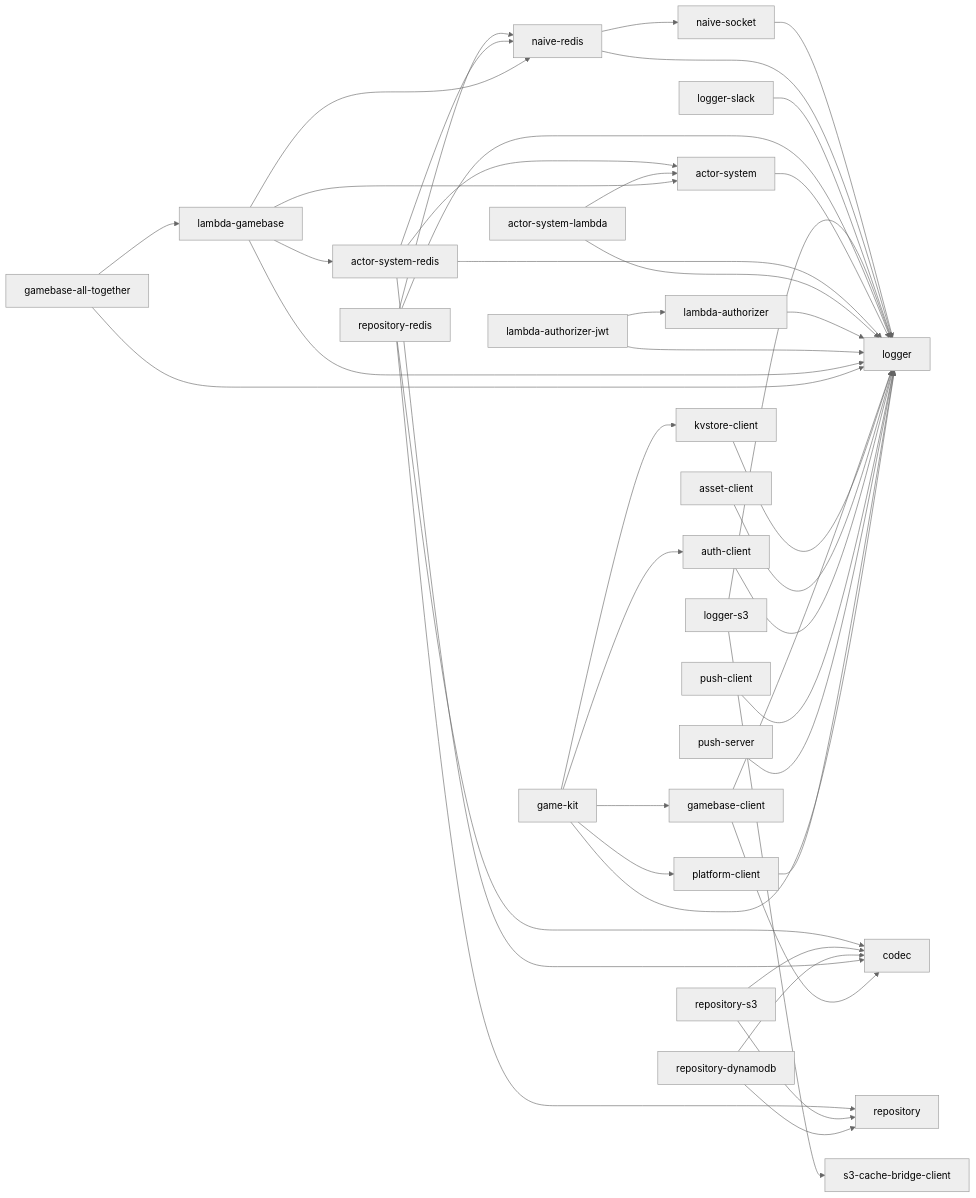
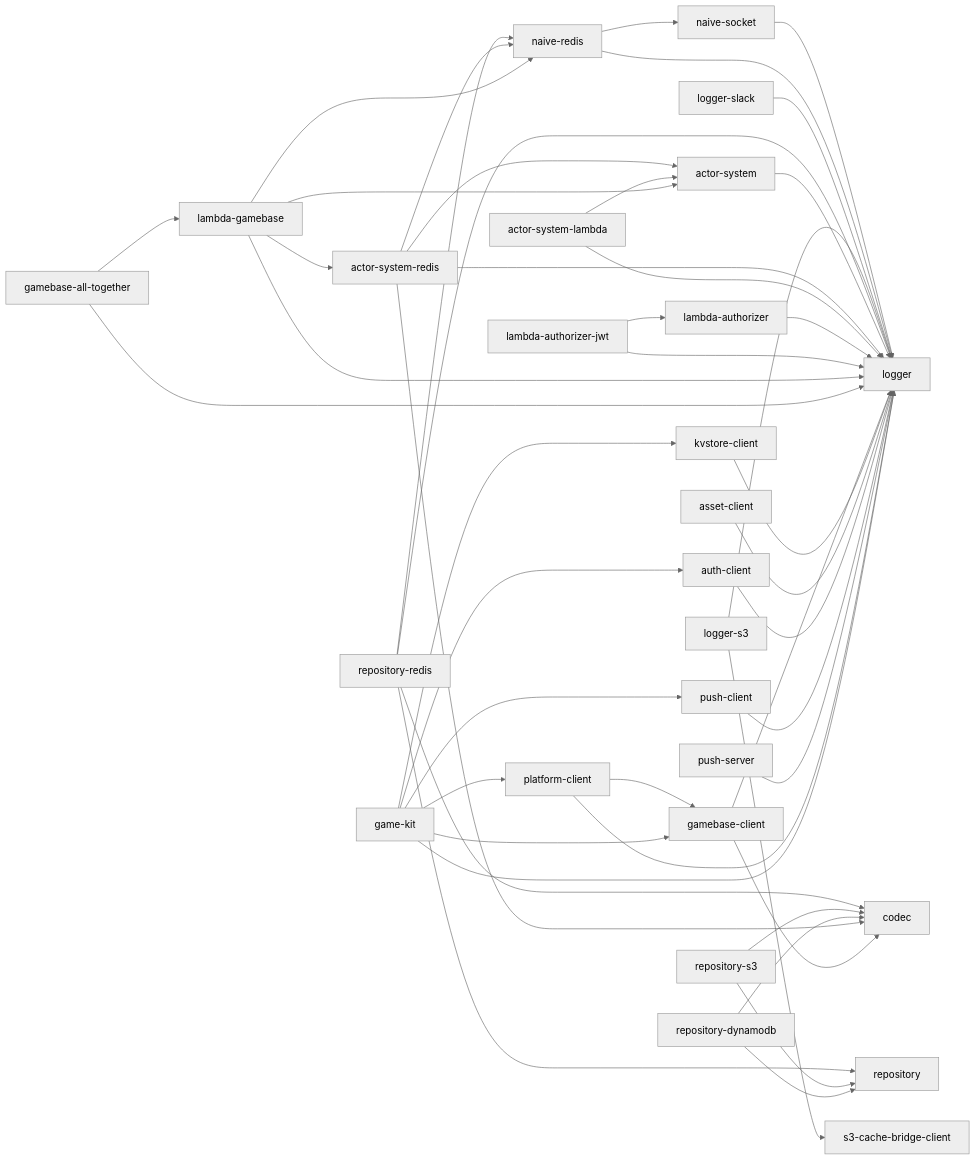
Before and after one commit to yingyeothon/tslib: the diagram in README.md, drawn with Mermaid (neutral theme). The commit also changed other lines of this file and 37 other files, not shown here.

Commit message:
Complete game kit boards mail friends matchmaking and push

````diff
--- a/README.md
+++ b/README.md
@@ -58,46 +58,48 @@
 ```mermaid
 graph LR
   naive-socket --> logger
   naive-redis --> logger
   naive-redis --> naive-socket
   logger-slack --> logger
   logger-s3 --> logger
   logger-s3 --> s3-cache-bridge-client
   repository-redis --> codec
   repository-redis --> logger
   repository-redis --> naive-redis
   repository-redis --> repository
   repository-s3 --> codec
   repository-s3 --> repository
   repository-dynamodb --> codec
   repository-dynamodb --> repository
   actor-system --> logger
   actor-system-redis --> actor-system
   actor-system-redis --> codec
   actor-system-redis --> logger
   actor-system-redis --> naive-redis
   actor-system-lambda --> actor-system
   actor-system-lambda --> logger
   lambda-authorizer --> logger
   lambda-authorizer-jwt --> lambda-authorizer
   lambda-authorizer-jwt --> logger
   lambda-gamebase --> actor-system
   lambda-gamebase --> actor-system-redis
   lambda-gamebase --> logger
   lambda-gamebase --> naive-redis
   gamebase-all-together --> lambda-gamebase
   gamebase-all-together --> logger
   gamebase-client --> codec
   gamebase-client --> logger
   kvstore-client --> logger
   asset-client --> logger
   auth-client --> logger
   push-client --> logger
   push-server --> logger
+  platform-client --> gamebase-client
   platform-client --> logger
+  game-kit --> push-client
   game-kit --> auth-client
   game-kit --> platform-client
   game-kit --> kvstore-client
   game-kit --> gamebase-client
   game-kit --> logger
 ```
````
